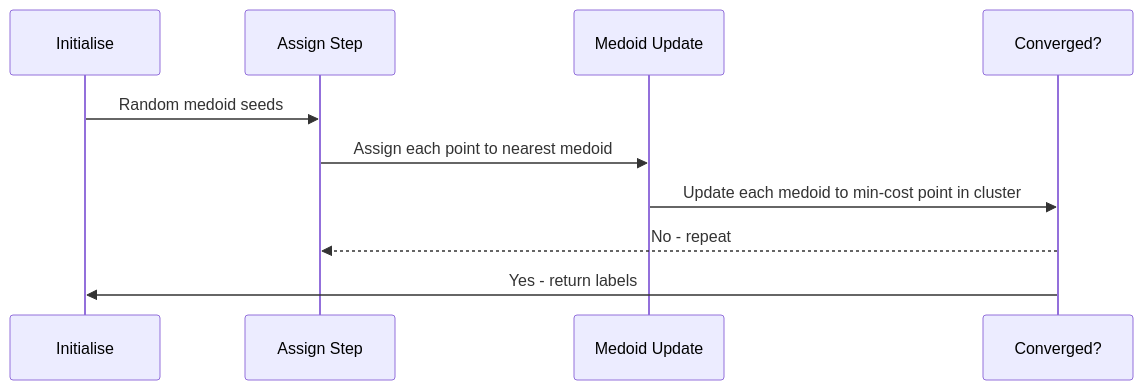
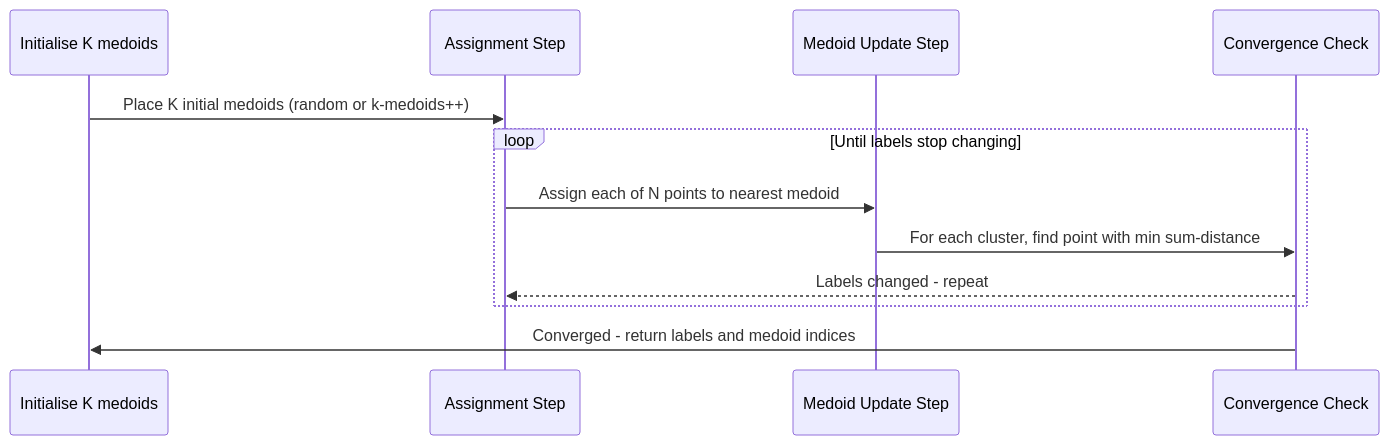
The fifth of 7 diagrams in README.md (hkevin01/kmedoids-hf-clustering), drawn with Mermaid before and after one commit. The commit also changed other lines of this file, not shown here.

````diff
--- a/README.md
+++ b/README.md
@@ -248,13 +357,15 @@
 ```mermaid
 sequenceDiagram
-    participant I as Initialise
-    participant A as Assign Step
-    participant M as Medoid Update
-    participant C as Converged?
+    participant INIT as Initialise K medoids
+    participant ASSIGN as Assignment Step
+    participant UPDATE as Medoid Update Step
+    participant CHECK as Convergence Check
 
-    I->>A: Random medoid seeds
-    A->>M: Assign each point to nearest medoid
-    M->>C: Update each medoid to min-cost point in cluster
-    C-->>A: No - repeat
-    C->>I: Yes - return labels
+    INIT->>ASSIGN: Place K initial medoids (random or k-medoids++)
+    loop Until labels stop changing
+        ASSIGN->>UPDATE: Assign each of N points to nearest medoid
+        UPDATE->>CHECK: For each cluster, find point with min sum-distance
+        CHECK-->>ASSIGN: Labels changed - repeat
+    end
+    CHECK->>INIT: Converged - return labels and medoid indices
 ```
````
